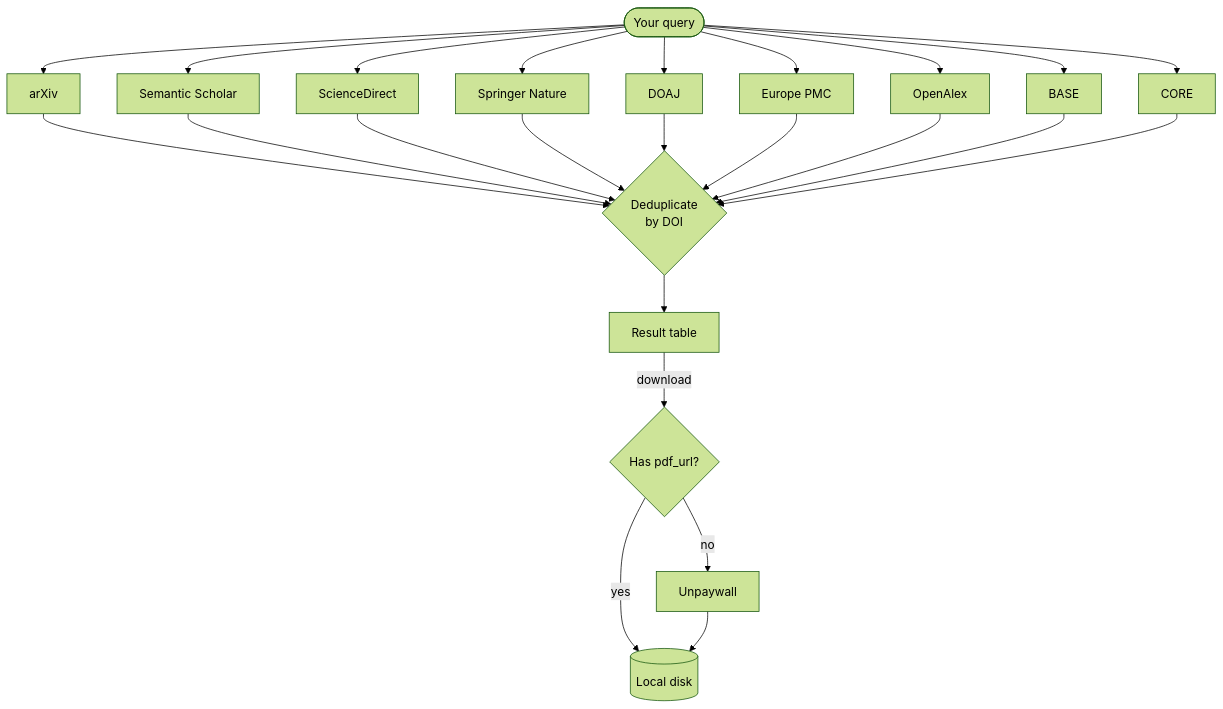
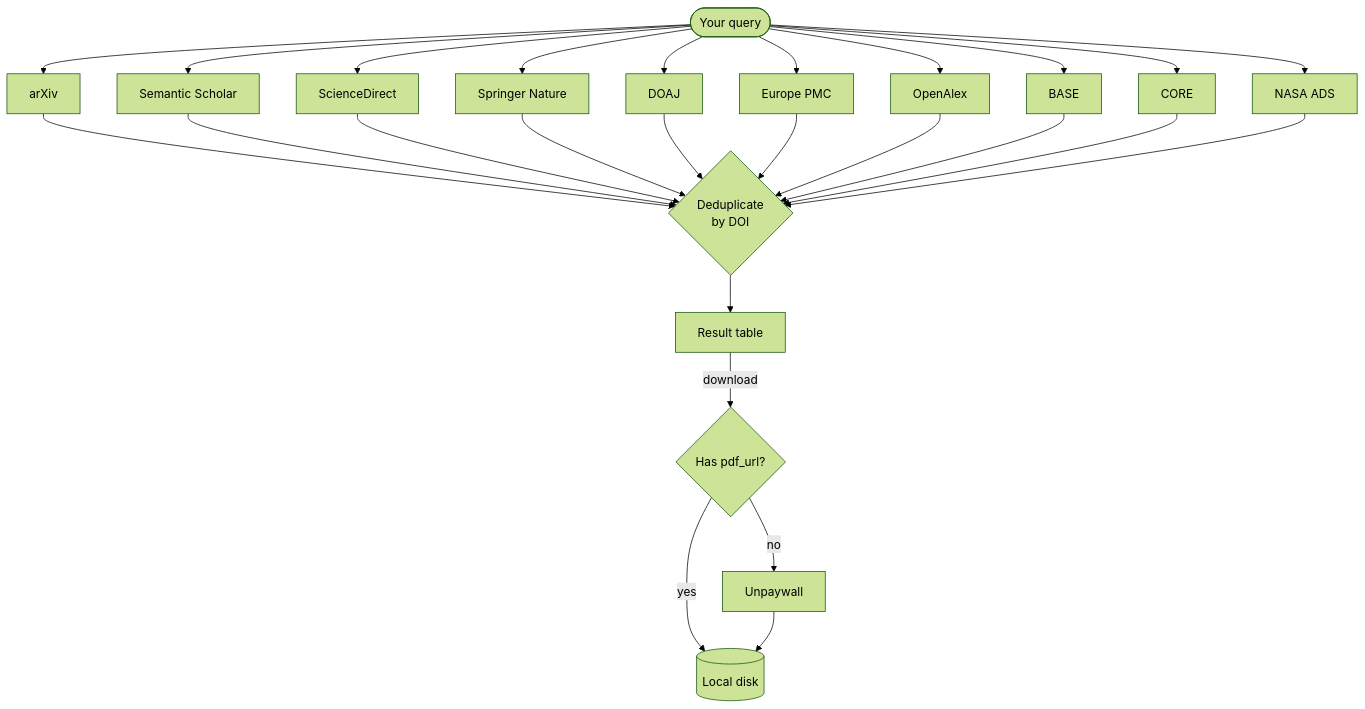
One commit to szaghi/mosaic changed the diagram in docs/guide/sources.md. Above: the diagram before and after it, drawn with Mermaid (forest theme). The commit also changed other lines of this file and 7 other files, not shown here.

First line of the commit message:
feat(sources): add NASA ADS search source

````diff
--- a/docs/guide/sources.md
+++ b/docs/guide/sources.md
@@ -9,18 +9,19 @@
 ```mermaid
 flowchart TD
     Q([Your query]) --> A[arXiv]
     Q --> B[Semantic Scholar]
     Q --> C[ScienceDirect]
     Q --> SP[Springer Nature]
     Q --> D[DOAJ]
     Q --> E[Europe PMC]
     Q --> F[OpenAlex]
     Q --> G[BASE]
     Q --> H[CORE]
-    A & B & C & SP & D & E & F & G & H --> I{Deduplicate\nby DOI}
+    Q --> N[NASA ADS]
+    A & B & C & SP & D & E & F & G & H & N --> I{Deduplicate\nby DOI}
     I --> J[Result table]
     J -->|download| K{Has pdf_url?}
     K -- yes --> L[(Local disk)]
     K -- no --> M[Unpaywall]
     M --> L
 ```
````
